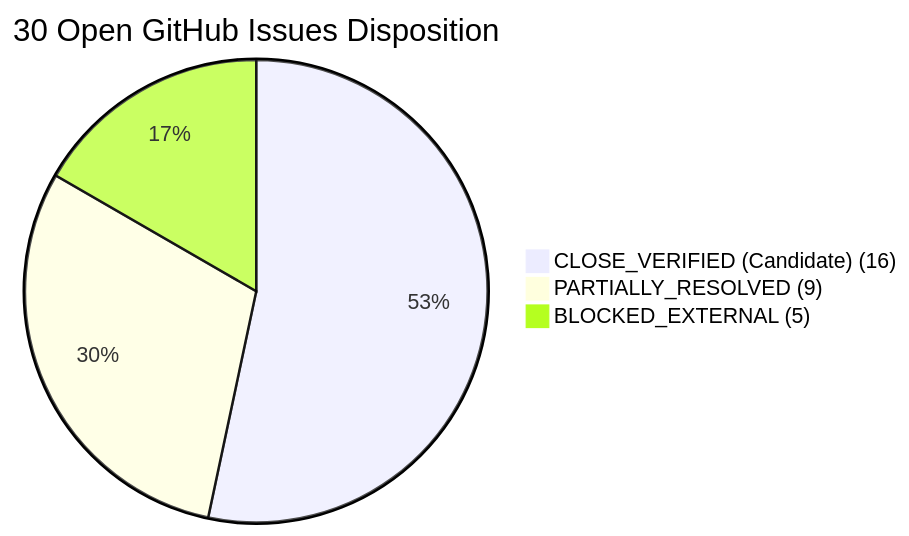
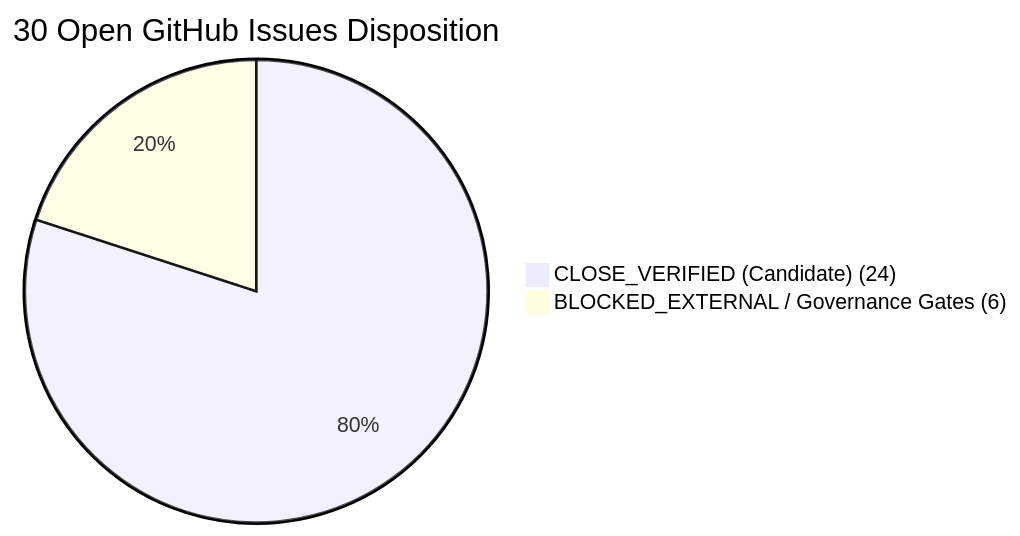
Before and after one commit to o0k00l/MF-AI-Based: the diagram in docs/AUDIT_RECONCILIATION_30_ISSUES.md, drawn with Mermaid. The commit also changed other lines of this file and 13 other files, not shown here.

````diff
--- a/docs/AUDIT_RECONCILIATION_30_ISSUES.md
+++ b/docs/AUDIT_RECONCILIATION_30_ISSUES.md
@@ -24,6 +24,5 @@
 ```mermaid
 pie title 30 Open GitHub Issues Disposition
-    "CLOSE_VERIFIED (Candidate) (16)" : 16
-    "PARTIALLY_RESOLVED (9)" : 9
-    "BLOCKED_EXTERNAL (5)" : 5
+    "CLOSE_VERIFIED (Candidate) (24)" : 24
+    "BLOCKED_EXTERNAL / Governance Gates (6)" : 6
 ```
````
